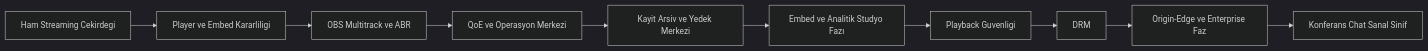
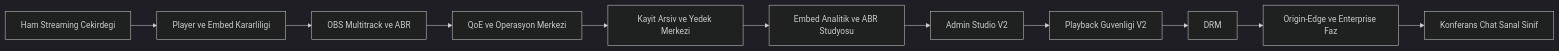
One commit to umitaydogan-sys/stream changed the first of 6 diagrams in yol_haritasi.md. Above: the diagram before and after it, drawn with Mermaid (dark theme). The commit also changed other lines of this file and 11 other files, not shown here.

Commit message:
Admin Studio V2 fazini urunlestir

````diff
--- a/yol_haritasi.md
+++ b/yol_haritasi.md
@@ -10,12 +10,13 @@
 ```mermaid
 flowchart LR
     A[Ham Streaming Cekirdegi] --> B[Player ve Embed Kararliligi]
     B --> C[OBS Multitrack ve ABR]
     C --> D[QoE ve Operasyon Merkezi]
     D --> E[Kayit Arsiv ve Yedek Merkezi]
-    E --> F[Embed ve Analitik Studyo Fazı]
-    F --> G[Playback Guvenligi]
-    G --> H[DRM]
-    H --> I[Origin-Edge ve Enterprise Faz]
-    I --> J[Konferans Chat Sanal Sinif]
+    E --> F[Embed Analitik ve ABR Studyosu]
+    F --> G[Admin Studio V2]
+    G --> H[Playback Guvenligi V2]
+    H --> I[DRM]
+    I --> J[Origin-Edge ve Enterprise Faz]
+    J --> K[Konferans Chat Sanal Sinif]
 ```
````
